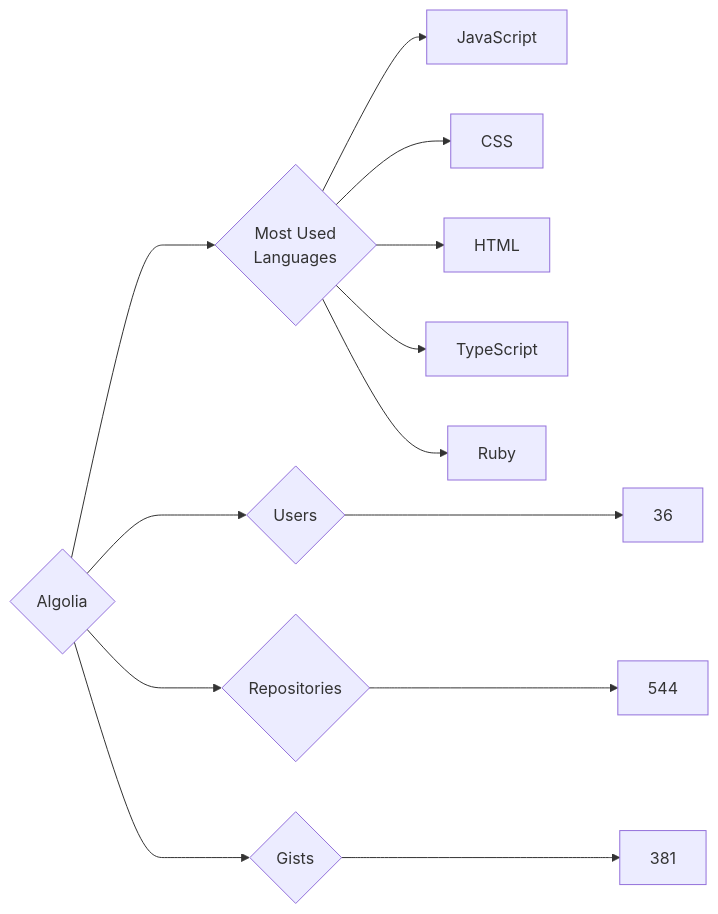
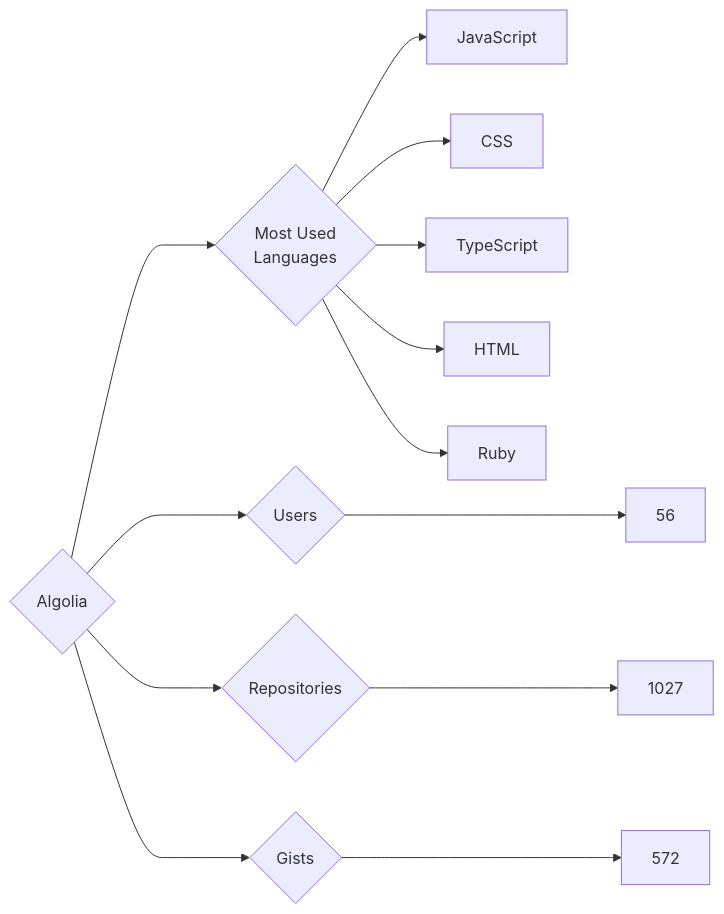
The diagram in targets/Algolia/README.md (trickest/insiders), drawn with Mermaid before and after one commit. The commit also changed 786 other files, not shown here.

````diff
--- a/targets/Algolia/README.md
+++ b/targets/Algolia/README.md
@@ -3,13 +3,13 @@
 ```mermaid
 graph LR
 COMPANY_NAME{Algolia}
-COMPANY_NAME ---> U{Users} ---> UN[36]
-COMPANY_NAME ---> R{Repositories} ---> RN[544]
-COMPANY_NAME ---> G{Gists} ---> GN[381]
+COMPANY_NAME ---> U{Users} ---> UN[56]
+COMPANY_NAME ---> R{Repositories} ---> RN[1027]
+COMPANY_NAME ---> G{Gists} ---> GN[572]
 COMPANY_NAME ---> ML{Most Used<br>Languages}
 ML --> JavaScript[JavaScript]
 ML --> CSS[CSS]
+ML --> TypeScript[TypeScript]
 ML --> HTML[HTML]
-ML --> TypeScript[TypeScript]
 ML --> Ruby[Ruby]
 ```
````
